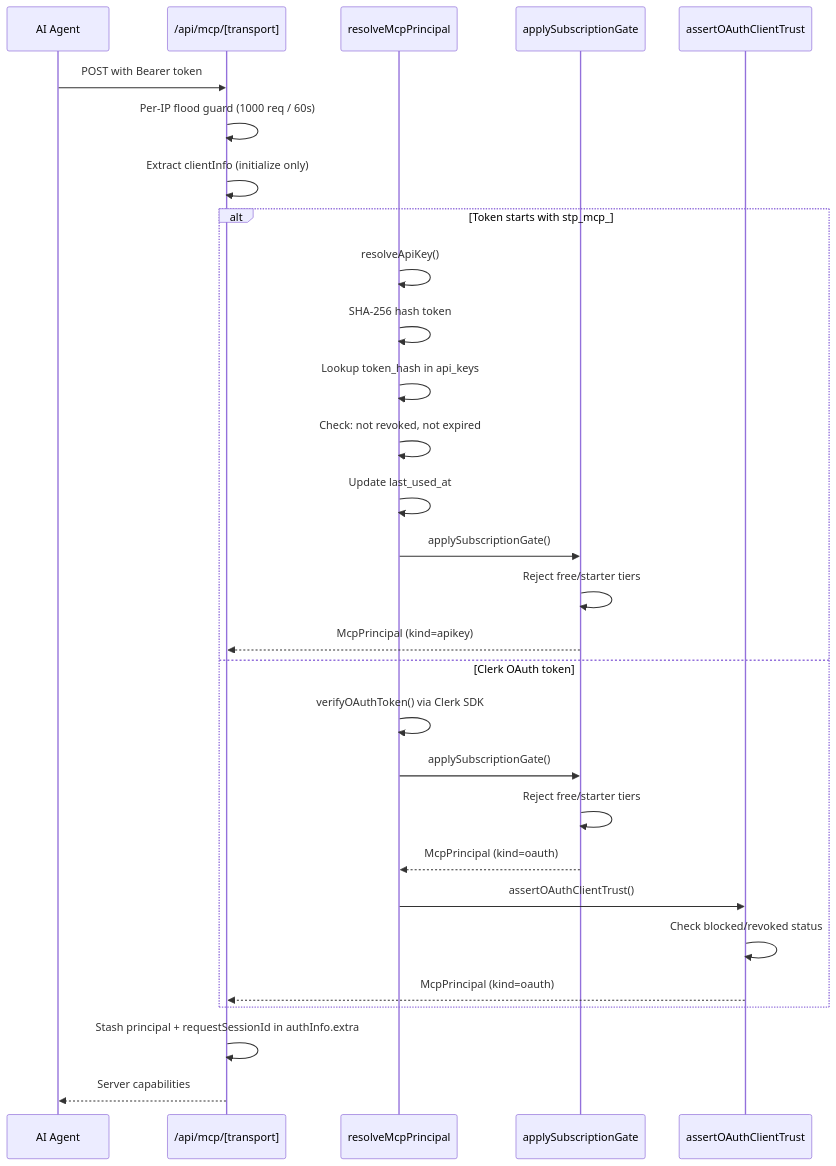
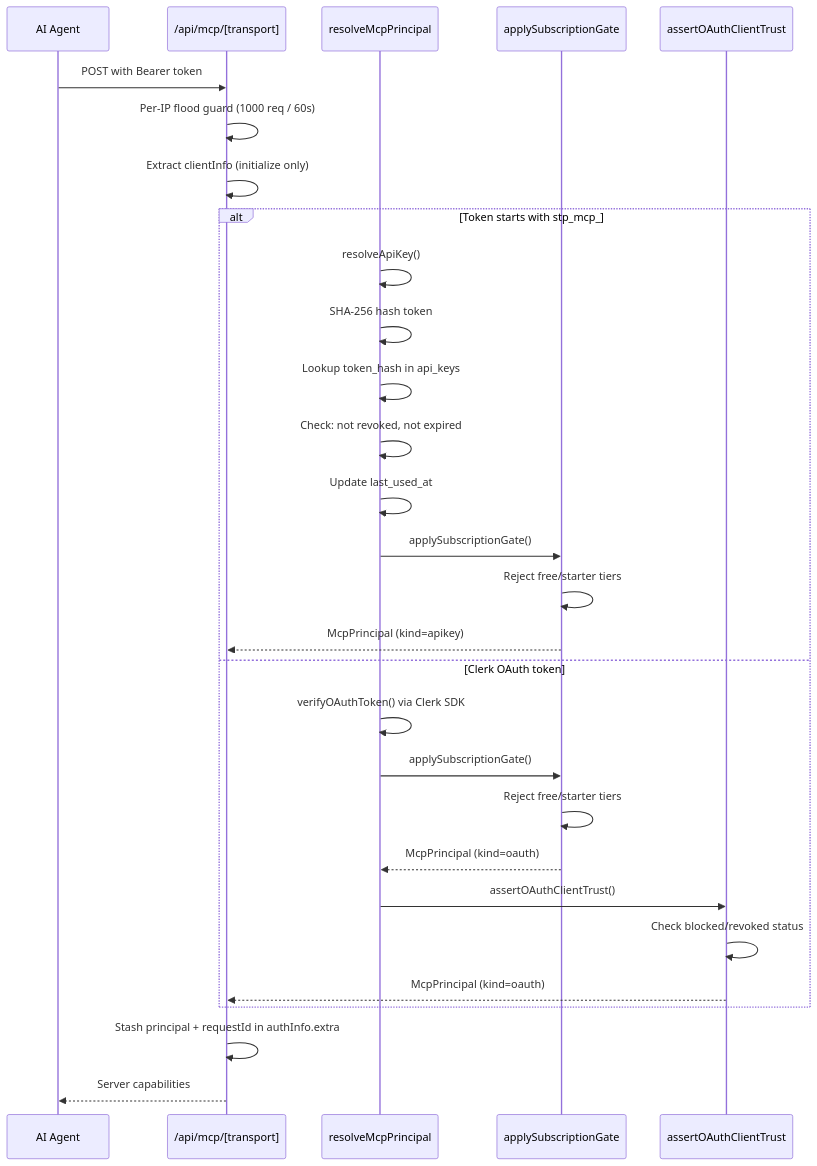
The first of 2 diagrams in docs/MCP.md (Andy00L/sharetopus), drawn with Mermaid before and after one commit. The commit also changed other lines of this file and 11 other files, not shown here.

````diff
--- a/docs/MCP.md
+++ b/docs/MCP.md
@@ -42,34 +42,34 @@
 ```mermaid
 sequenceDiagram
     participant Agent as AI Agent
     participant Route as /api/mcp/[transport]
     participant Auth as resolveMcpPrincipal
     participant Gate as applySubscriptionGate
     participant Trust as assertOAuthClientTrust
 
     Agent->>Route: POST with Bearer token
     Route->>Route: Per-IP flood guard (1000 req / 60s)
     Route->>Route: Extract clientInfo (initialize only)
 
     alt Token starts with stp_mcp_
         Auth->>Auth: resolveApiKey()
         Auth->>Auth: SHA-256 hash token
         Auth->>Auth: Lookup token_hash in api_keys
         Auth->>Auth: Check: not revoked, not expired
         Auth->>Auth: Update last_used_at
         Auth->>Gate: applySubscriptionGate()
         Gate->>Gate: Reject free/starter tiers
         Gate-->>Route: McpPrincipal (kind=apikey)
     else Clerk OAuth token
         Auth->>Auth: verifyOAuthToken() via Clerk SDK
         Auth->>Gate: applySubscriptionGate()
         Gate->>Gate: Reject free/starter tiers
         Gate-->>Auth: McpPrincipal (kind=oauth)
         Auth->>Trust: assertOAuthClientTrust()
         Trust->>Trust: Check blocked/revoked status
         Trust-->>Route: McpPrincipal (kind=oauth)
     end
 
-    Route->>Route: Stash principal + requestSessionId in authInfo.extra
+    Route->>Route: Stash principal + requestId in authInfo.extra
     Route-->>Agent: Server capabilities
 ```
````
